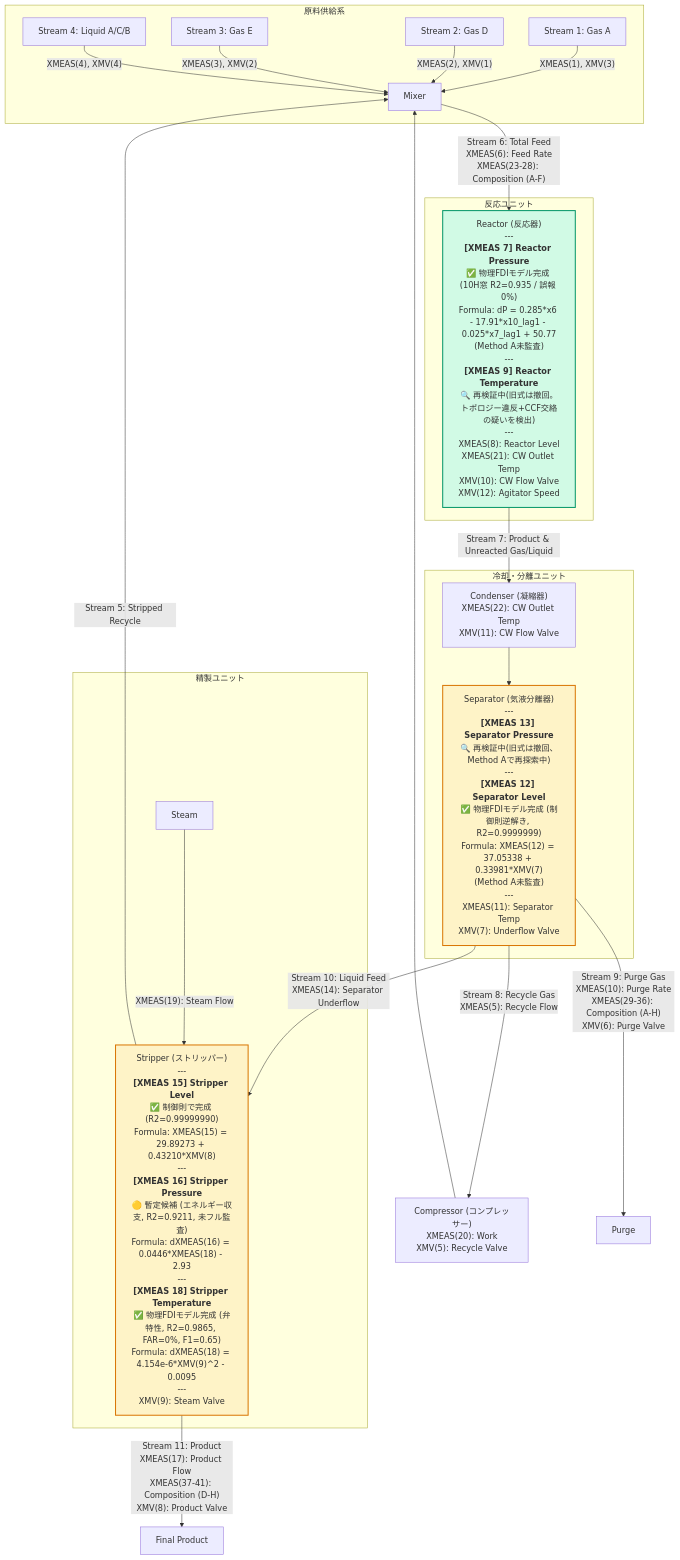
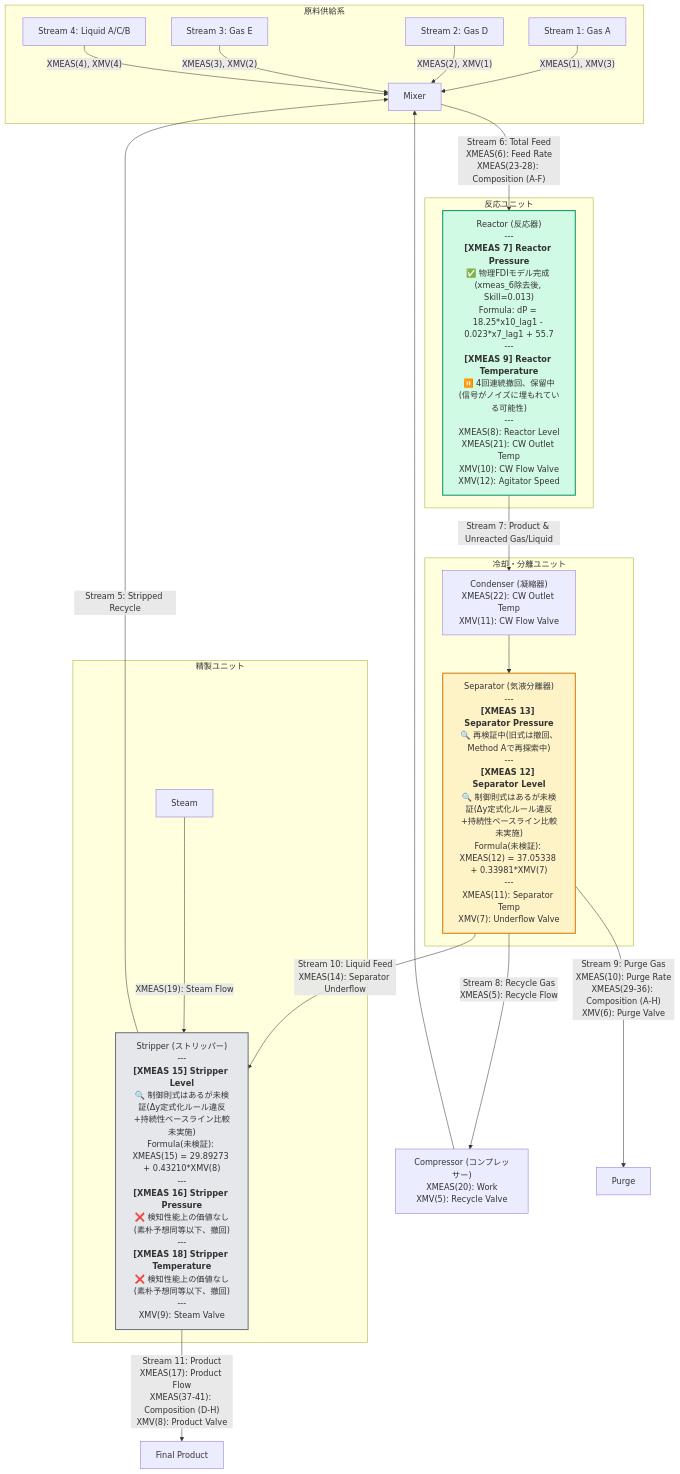
Before and after one commit to gotou8810/LLM-GP: the diagram in TEP_FLOW_DIAGRAM.md, drawn with Mermaid. The commit also changed other lines of this file and 1 other file, not shown here.

First line of the commit message:
XMEAS(7)のマスキングを実測で確認(IDV8,17)、TEP_FLOW_DIAGRAM.mdを全面的に更新

````diff
--- a/TEP_FLOW_DIAGRAM.md
+++ b/TEP_FLOW_DIAGRAM.md
@@ -8,43 +7,44 @@
 ```mermaid
 graph TD
     subgraph Feeds [原料供給系]
         S1[Stream 1: Gas A] --> |"XMEAS(1), XMV(3)"| Mixer
         S2[Stream 2: Gas D] --> |"XMEAS(2), XMV(1)"| Mixer
         S3[Stream 3: Gas E] --> |"XMEAS(3), XMV(2)"| Mixer
         S4[Stream 4: Liquid A/C/B] --> |"XMEAS(4), XMV(4)"| Mixer
     end
 
     Mixer --> |"Stream 6: Total Feed<br/>XMEAS(6): Feed Rate<br/>XMEAS(23-28): Composition (A-F)"| Reactor
 
     subgraph ReactorUnit [反応ユニット]
-        Reactor["Reactor (反応器)<br/>---<br/><b>[XMEAS 7] Reactor Pressure</b><br/>✅ 物理FDIモデル完成 (10H窓 R2=0.935 / 誤報 0%)<br/>Formula: dP = 0.285*x6 - 17.91*x10_lag1 - 0.025*x7_lag1 + 50.77<br/>(Method A未監査)<br/>---<br/><b>[XMEAS 9] Reactor Temperature</b><br/>🔍 再検証中(旧式は撤回。トポロジー違反+CCF交絡の疑いを検出)<br/>---<br/>XMEAS(8): Reactor Level<br/>XMEAS(21): CW Outlet Temp<br/>XMV(10): CW Flow Valve<br/>XMV(12): Agitator Speed"]
+        Reactor["Reactor (反応器)<br/>---<br/><b>[XMEAS 7] Reactor Pressure</b><br/>✅ 物理FDIモデル完成 (xmeas_6除去後, Skill=0.013)<br/>Formula: dP = 18.25*x10_lag1 - 0.023*x7_lag1 + 55.7<br/>---<br/><b>[XMEAS 9] Reactor Temperature</b><br/>⏸️ 4回連続撤回、保留中(信号がノイズに埋もれている可能性)<br/>---<br/>XMEAS(8): Reactor Level<br/>XMEAS(21): CW Outlet Temp<br/>XMV(10): CW Flow Valve<br/>XMV(12): Agitator Speed"]
     end
 
     Reactor --> |"Stream 7: Product & Unreacted Gas/Liquid"| Condenser
 
     subgraph CoolingUnit [冷却・分離ユニット]
-        Condenser["Condenser (凝縮器)<br/>XMEAS(22): CW Outlet Temp<br/>XMV(11): CW Flow Valve"] --> Separator["Separator (気液分離器)<br/>---<br/><b>[XMEAS 13] Separator Pressure</b><br/>🔍 再検証中(旧式は撤回、Method Aで再探索中)<br/>---<br/><b>[XMEAS 12] Separator Level</b><br/>✅ 物理FDIモデル完成 (制御則逆解き, R2=0.9999999)<br/>Formula: XMEAS(12) = 37.05338 + 0.33981*XMV(7)<br/>(Method A未監査)<br/>---<br/>XMEAS(11): Separator Temp<br/>XMV(7): Underflow Valve"]
+        Condenser["Condenser (凝縮器)<br/>XMEAS(22): CW Outlet Temp<br/>XMV(11): CW Flow Valve"] --> Separator["Separator (気液分離器)<br/>---<br/><b>[XMEAS 13] Separator Pressure</b><br/>🔍 再検証中(旧式は撤回、Method Aで再探索中)<br/>---<br/><b>[XMEAS 12] Separator Level</b><br/>🔍 制御則式はあるが未検証(Δy定式化ルール違反+持続性ベースライン比較未実施)<br/>Formula(未検証): XMEAS(12) = 37.05338 + 0.33981*XMV(7)<br/>---<br/>XMEAS(11): Separator Temp<br/>XMV(7): Underflow Valve"]
     end
 
     Separator --> |"Stream 8: Recycle Gas<br/>XMEAS(5): Recycle Flow"| Compressor["Compressor (コンプレッサー)<br/>XMEAS(20): Work<br/>XMV(5): Recycle Valve"]
     Compressor --> Mixer
 
     Separator --> |"Stream 9: Purge Gas<br/>XMEAS(10): Purge Rate<br/>XMEAS(29-36): Composition (A-H)<br/>XMV(6): Purge Valve"| Purge[Purge]
 
     Separator --> |"Stream 10: Liquid Feed<br/>XMEAS(14): Separator Underflow"| Stripper
 
     subgraph StrippingUnit [精製ユニット]
-        Stripper["Stripper (ストリッパー)<br/>---<br/><b>[XMEAS 15] Stripper Level</b><br/>✅ 制御則で完成 (R2=0.99999990)<br/>Formula: XMEAS(15) = 29.89273 + 0.43210*XMV(8)<br/>---<br/><b>[XMEAS 16] Stripper Pressure</b><br/>🟡 暫定候補 (エネルギー収支, R2=0.9211, 未フル監査)<br/>Formula: dXMEAS(16) = 0.0446*XMEAS(18) - 2.93<br/>---<br/><b>[XMEAS 18] Stripper Temperature</b><br/>✅ 物理FDIモデル完成 (弁特性, R2=0.9865, FAR=0%, F1=0.65)<br/>Formula: dXMEAS(18) = 4.154e-6*XMV(9)^2 - 0.0095<br/>---<br/>XMV(9): Steam Valve"]
+        Stripper["Stripper (ストリッパー)<br/>---<br/><b>[XMEAS 15] Stripper Level</b><br/>🔍 制御則式はあるが未検証(Δy定式化ルール違反+持続性ベースライン比較未実施)<br/>Formula(未検証): XMEAS(15) = 29.89273 + 0.43210*XMV(8)<br/>---<br/><b>[XMEAS 16] Stripper Pressure</b><br/>❌ 検知性能上の価値なし(素朴予想同等以下、撤回)<br/>---<br/><b>[XMEAS 18] Stripper Temperature</b><br/>❌ 検知性能上の価値なし(素朴予想同等以下、撤回)<br/>---<br/>XMV(9): Steam Valve"]
         Steam[Steam] --> |"XMEAS(19): Steam Flow"| Stripper
     end
 
     Stripper --> |"Stream 5: Stripped Recycle"| Mixer
     Stripper --> |"Stream 11: Product<br/>XMEAS(17): Product Flow<br/>XMEAS(37-41): Composition (D-H)<br/>XMV(8): Product Valve"| Product[Final Product]
 
-    %% ステータスに応じた色分け (完成を緑、探索中/再検証中をオレンジへ)
-    %% SeparatorノードはXMEAS(12)完成・XMEAS(13)再検証中が混在するため、
-    %% 内部の未完成項目(XMEAS13)を優先してオレンジ表示している
+    %% ステータスに応じた色分け (実証済み完成=緑、未検証/再検証中=オレンジ、価値なしと判明=グレー)
+    %% ReactorはXMEAS(7)実証済み・XMEAS(9)保留中が混在するが、実証済み項目を主として緑表示。
+    %% SeparatorはXMEAS(12)/(13)とも未検証・再検証中のためオレンジ。
+    %% StripperはXMEAS(16)/(18)が価値なしと判明・XMEAS(15)も未検証のためグレー。
     style Reactor fill:#d1fae5,stroke:#059669,stroke-width:2px
     style Separator fill:#fef3c7,stroke:#d97706,stroke-width:2px
-    style Stripper fill:#fef3c7,stroke:#d97706,stroke-width:2px
+    style Stripper fill:#e5e7eb,stroke:#6b7280,stroke-width:2px
 ```
````
